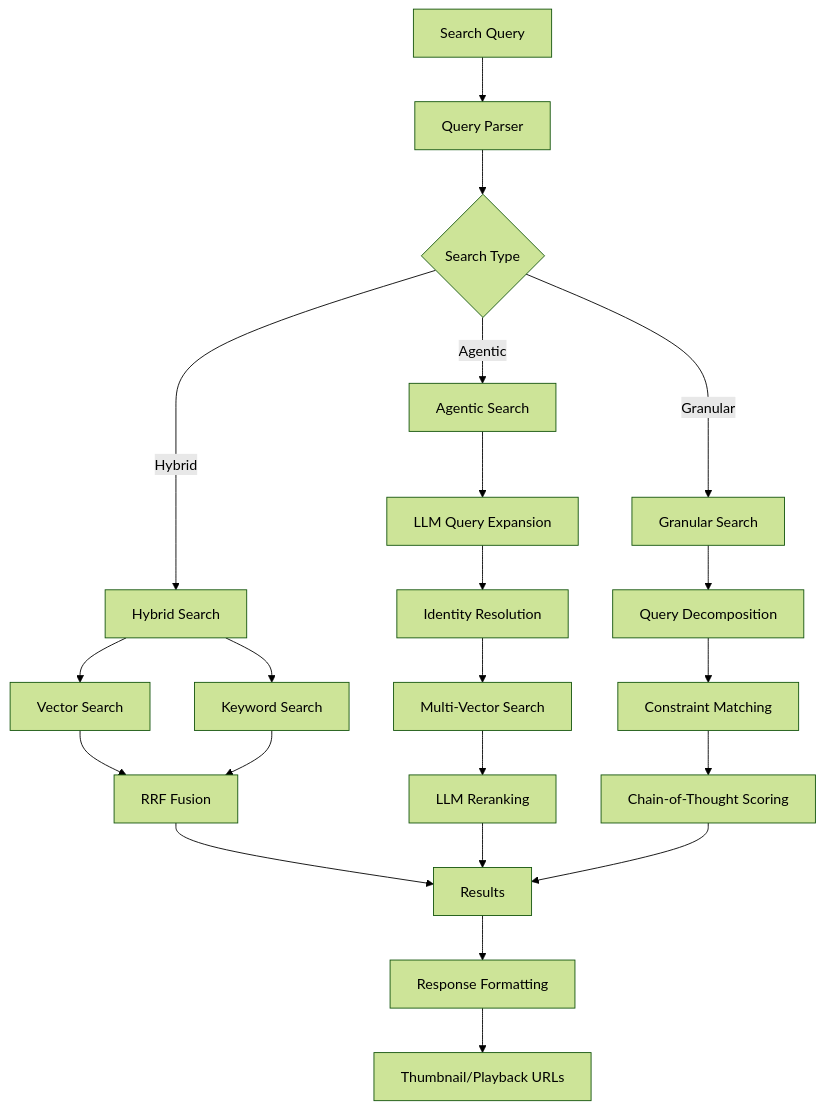
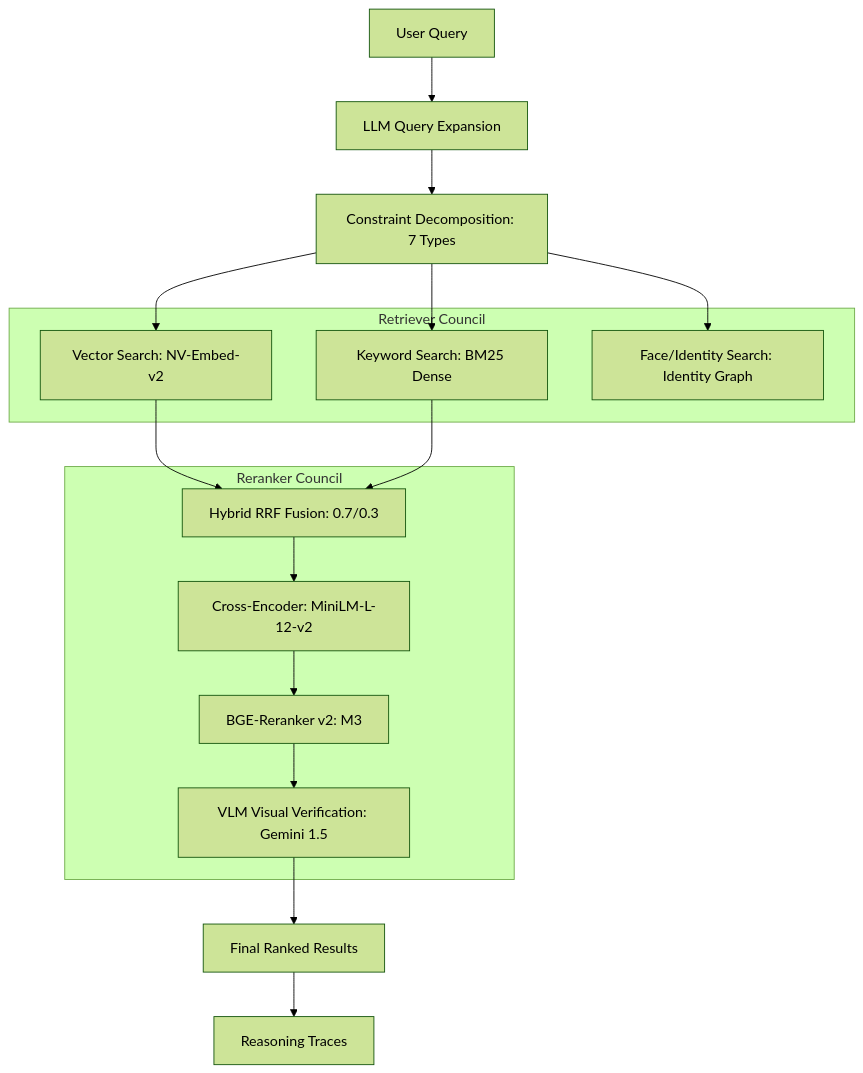
Before and after one commit to gnanaprakash2918/AI-Media-Indexer: the fourth of 4 diagrams in docs/architecture.md, drawn with Mermaid (forest theme). The commit also changed other lines of this file and 9 other files, not shown here.

````diff
--- a/docs/architecture.md
+++ b/docs/architecture.md
@@ -142,30 +147,31 @@
 ```mermaid
 flowchart TD
-    A[Search Query] --> B[Query Parser]
-    B --> C{Search Type}
+    A[User Query] --> B[LLM Query Expansion]
+    B --> C[Constraint Decomposition: 7 Types]
     
-    C -->|Hybrid| D[Hybrid Search]
-    C -->|Agentic| E[Agentic Search]
-    C -->|Granular| F[Granular Search]
+    subgraph Retrieval[Retriever Council]
+        V[Vector Search: NV-Embed-v2]
+        K[Keyword Search: BM25 Dense]
+        F[Face/Identity Search: Identity Graph]
+    end
     
-    D --> G[Vector Search]
-    D --> H[Keyword Search]
-    G --> I[RRF Fusion]
-    H --> I
+    C --> V
+    C --> K
+    C --> F
     
-    E --> J[LLM Query Expansion]
-    J --> K[Identity Resolution]
-    K --> L[Multi-Vector Search]
-    L --> M[LLM Reranking]
+    subgraph Scoring[Reranker Council]
+        RRF[Hybrid RRF Fusion: 0.7/0.3]
+        CE[Cross-Encoder: MiniLM-L-12-v2]
+        BGE[BGE-Reranker v2: M3]
+        VV[VLM Visual Verification: Gemini 1.5]
+    end
     
-    F --> N[Query Decomposition]
-    N --> O[Constraint Matching]
-    O --> P[Chain-of-Thought Scoring]
+    V --> RRF
+    K --> RRF
+    RRF --> CE
+    CE --> BGE
+    BGE --> VV
     
-    I --> Q[Results]
-    M --> Q
-    P --> Q
-    
-    Q --> R[Response Formatting]
-    R --> S[Thumbnail/Playback URLs]
+    VV --> Q[Final Ranked Results]
+    Q --> R[Reasoning Traces]
 ```
````
